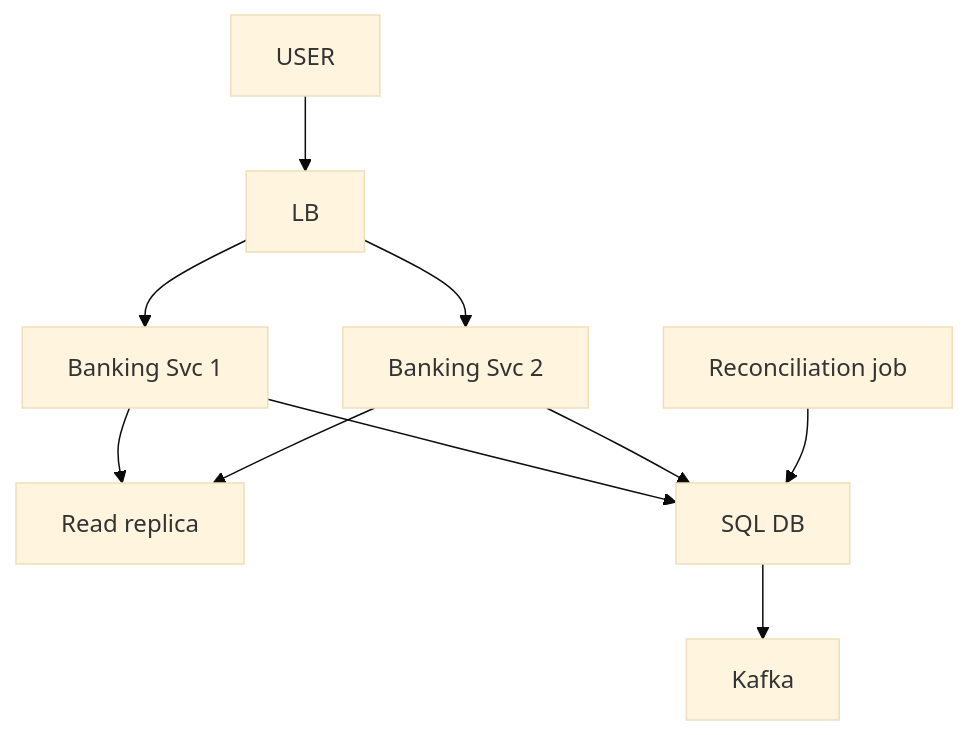
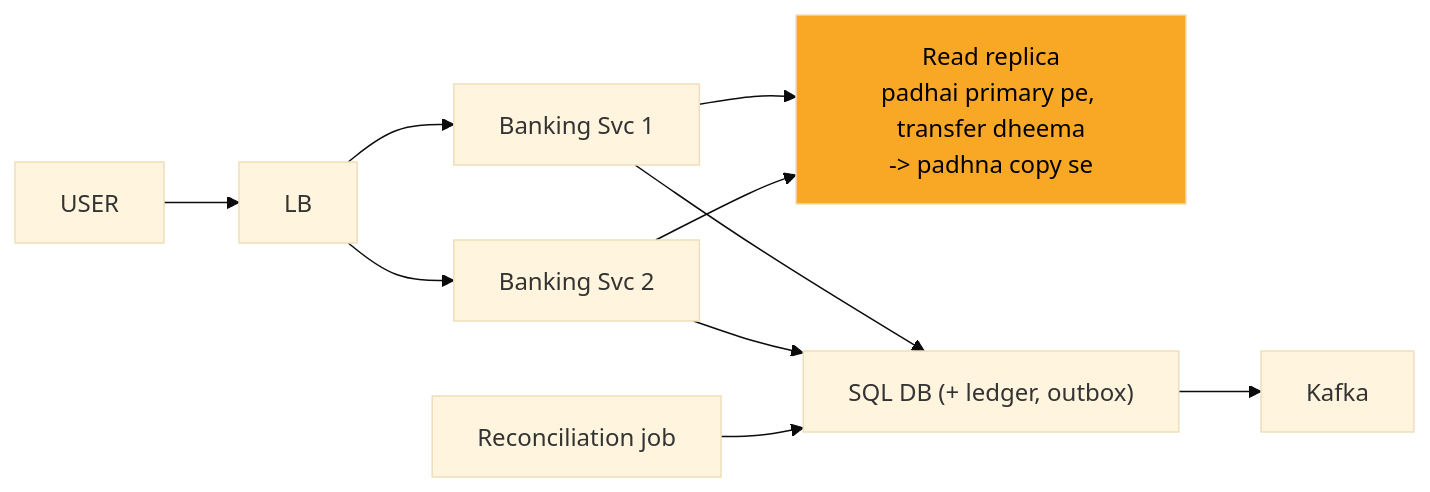
The ninth of 13 diagrams in 04_HLD/SYSTEM_DESIGNS/13_banking_system/13_banking_system.md (ArpanMaheshwari144/Prep), drawn with Mermaid (base theme) before and after one commit. The commit also changed other lines of this file and 2 other files, not shown here.

Commit message:
docs, kafka, banking: one-day story, short cards, follow-ups with rules, highlighted diagrams

````diff
--- a/04_HLD/SYSTEM_DESIGNS/13_banking_system/13_banking_system.md
+++ b/04_HLD/SYSTEM_DESIGNS/13_banking_system/13_banking_system.md
@@ -317,20 +292,21 @@
 ```mermaid
-flowchart TD
+flowchart LR
     n_USER["USER"]
     n_LB["LB"]
-    n_Banking_Svc_x_N_1["Banking Svc 1"]
-    n_Banking_Svc_x_N_2["Banking Svc 2"]
-    n_Read_replica["Read replica"]
-    n_SQL_DB["SQL DB"]
-    n_Kafka["Kafka"]
-    n_Reconciliation_job["Reconciliation job"]
+    n_S1["Banking Svc 1"]
+    n_S2["Banking Svc 2"]
+    n_RR["Read replica<br/>padhai primary pe, transfer dheema<br/>-> padhna copy se"]
+    n_DB["SQL DB (+ ledger, outbox)"]
+    n_K["Kafka"]
+    n_REC["Reconciliation job"]
     n_USER --> n_LB
-    n_LB --> n_Banking_Svc_x_N_1
-    n_LB --> n_Banking_Svc_x_N_2
-    n_Banking_Svc_x_N_1 --> n_Read_replica
-    n_Banking_Svc_x_N_2 --> n_Read_replica
-    n_Banking_Svc_x_N_1 --> n_SQL_DB
-    n_Banking_Svc_x_N_2 --> n_SQL_DB
-    n_SQL_DB --> n_Kafka
-    n_Reconciliation_job --> n_SQL_DB
+    n_LB --> n_S1
+    n_LB --> n_S2
+    n_S1 --> n_RR
+    n_S2 --> n_RR
+    n_S1 --> n_DB
+    n_S2 --> n_DB
+    n_DB --> n_K
+    n_REC --> n_DB
+    style n_RR fill:#f9a825,color:#000
 ```
````
